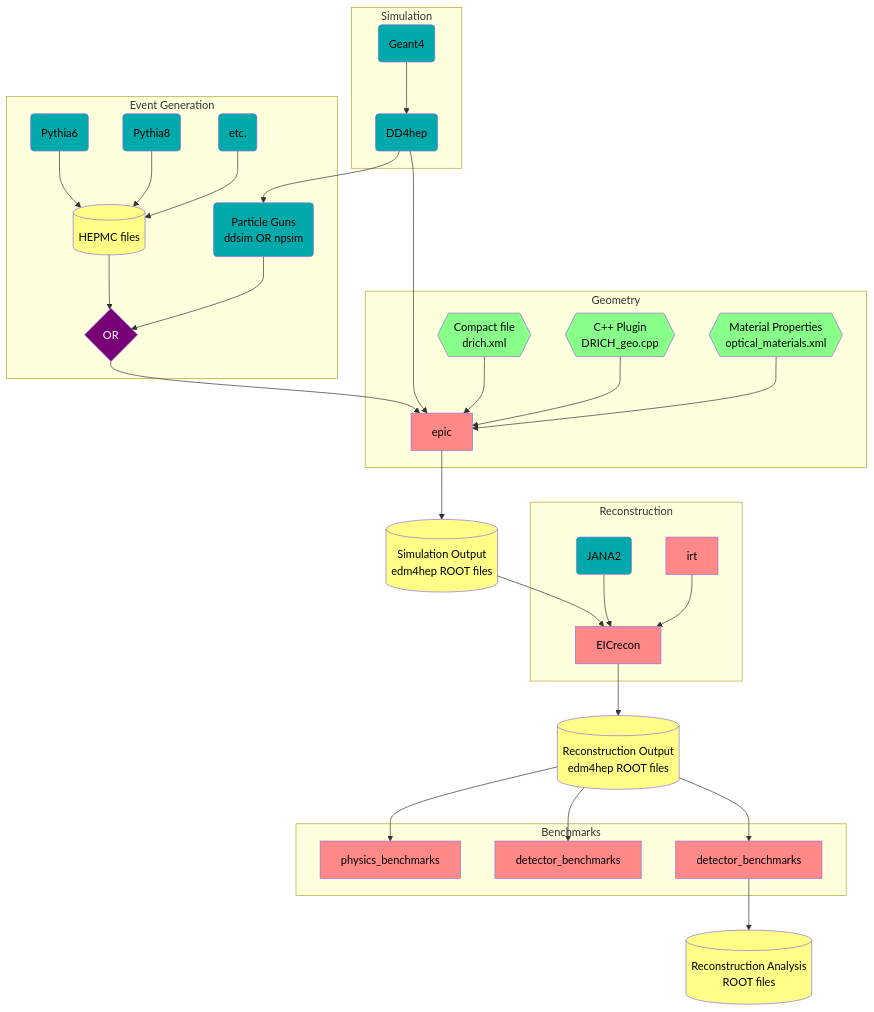
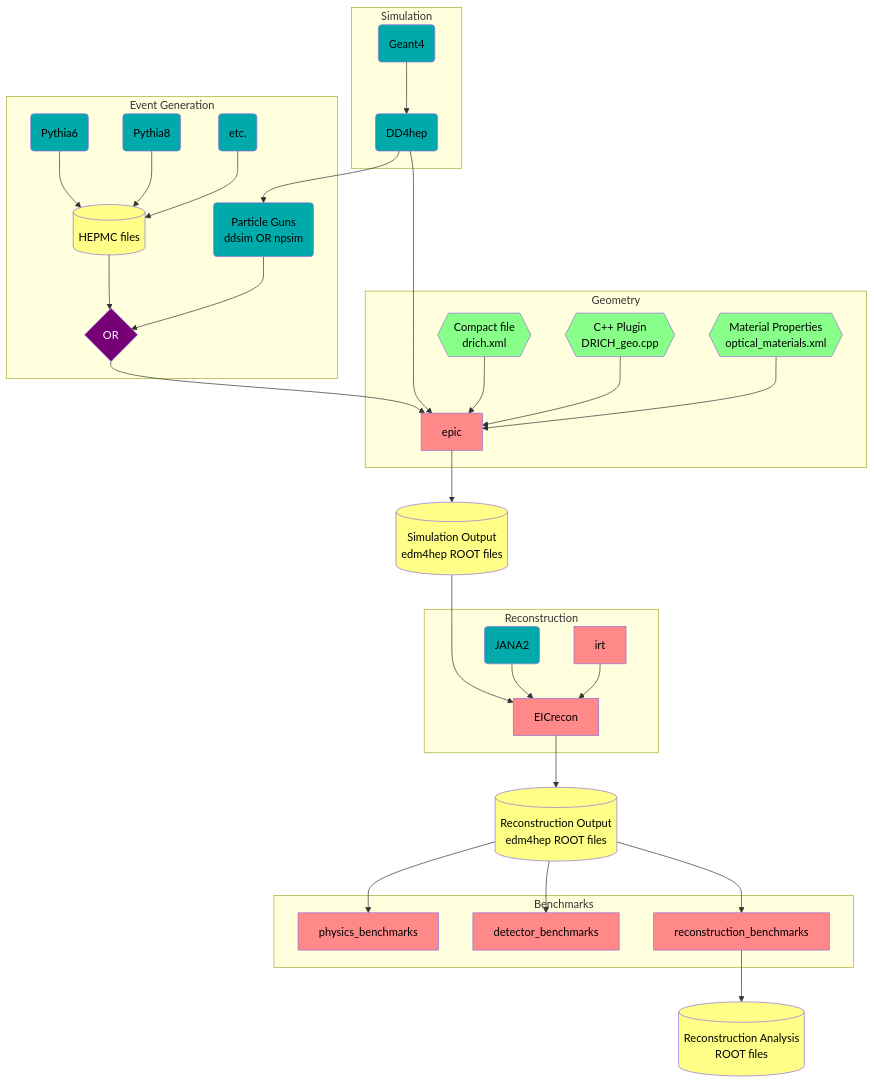
One commit to eic/drich-dev changed the third of 3 diagrams in README.md. Above: the diagram before and after it, drawn with Mermaid.

Commit message:
modified:   README.md

````diff
--- a/README.md
+++ b/README.md
@@ -226,65 +226,65 @@
 ```mermaid
 flowchart TB
   classDef epic fill:#ff8888,color:black
   classDef dep fill:#00aaaa,color:black
   classDef obj fill:#88ff88,color:black
   classDef data fill:#ffff88,color:black
   classDef op fill:#770077,color:white
 
   subgraph Event Generation
     Pythia6(Pythia6):::dep
     Pythia8(Pythia8):::dep
     OtherGen(etc.):::dep
     Hepmc[(HEPMC files)]:::data
     Gun(Particle Guns<br/>ddsim OR npsim):::dep
     GenOR{OR}:::op
   end
   Pythia6 --> Hepmc
   Pythia8 --> Hepmc
   OtherGen --> Hepmc
   Hepmc --> GenOR
   Gun --> GenOR
 
   subgraph Simulation
     DD4hep(DD4hep):::dep
     Geant(Geant4):::dep
   end
   Geant --> DD4hep
 
   subgraph Geometry
     Epic[epic]:::epic
     DDCompact{{Compact file<br/>drich.xml}}:::obj
     DDPlugin{{C++ Plugin<br/>DRICH_geo.cpp}}:::obj
     DDMat{{Material Properties<br/>optical_materials.xml}}:::obj
   end
   SimOut[(Simulation Output<br/>edm4hep ROOT files)]:::data
   DD4hep --> Gun
   GenOR --> Epic
   DD4hep --> Epic
   DDCompact --> Epic
   DDPlugin --> Epic
   DDMat --> Epic
   Epic --> SimOut
 
   subgraph Reconstruction
     JANA(JANA2):::dep
     EICrecon[EICrecon]:::epic
     IRT[irt]:::epic
   end
   RecOut[(Reconstruction Output<br/>edm4hep ROOT files)]:::data
-  SimOut --> EICrecon
+  SimOut ---> EICrecon
   JANA --> EICrecon
   IRT --> EICrecon
   EICrecon --> RecOut
 
   subgraph Benchmarks
     PhysicsBenchmarks[physics_benchmarks]:::epic
     DetectorBenchmarks[detector_benchmarks]:::epic
-    ReconstructionBenchmarks[detector_benchmarks]:::epic
+    ReconstructionBenchmarks[reconstruction_benchmarks]:::epic
   end
   AnaOut[(Reconstruction Analysis<br/>ROOT files)]:::data
   RecOut --> PhysicsBenchmarks
   RecOut --> DetectorBenchmarks
   RecOut --> ReconstructionBenchmarks --> AnaOut
 
 ```
````
